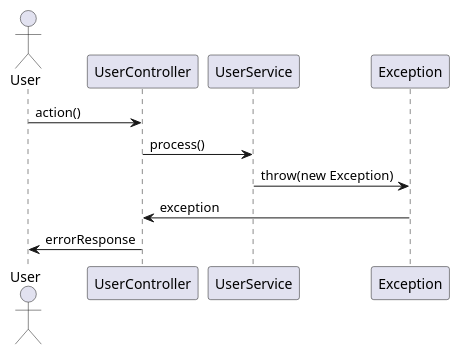
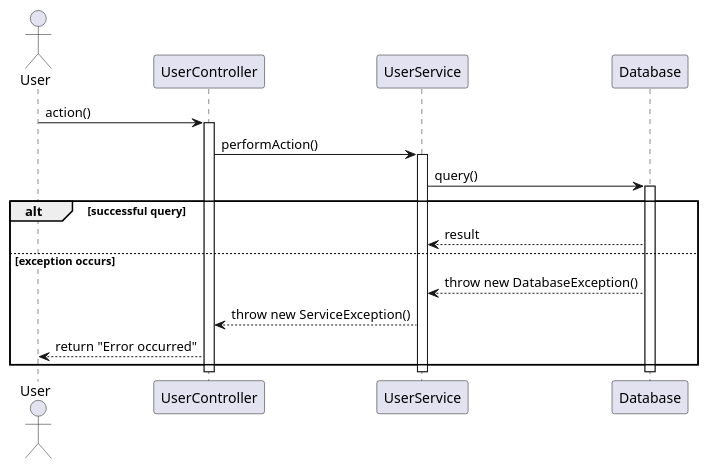
One commit to Dinesh-s95/AutoDoc.ai changed the fourth of 5 diagrams in identityprovider/documentation/detaileddesign.adoc. Above: the diagram before and after it, drawn with PlantUML. The commit also changed other lines of this file and 4 other files, not shown here.

```diff
--- a/identityprovider/documentation/detaileddesign.adoc
+++ b/identityprovider/documentation/detaileddesign.adoc
@@ -338,15 +224,26 @@
-[source,plantuml]
+[plantuml, exception-handling-sequence, png]
 ----
 @startuml
-actor "User" as user
-participant "UserController" as controller
-participant "UserService" as service
-participant "Exception" as exception
+actor "User" as U
+participant "UserController" as UC
+participant "UserService" as US
+participant "Database" as DB
 
-user -> controller : action()
-controller -> service : process()
-service -> exception : throw(new Exception)
-exception -> controller : exception
-controller -> user : errorResponse
+U -> UC : action()
+activate UC
+UC -> US : performAction()
+activate US
+US -> DB : query()
+activate DB
+alt successful query
+    DB --> US : result
+else exception occurs
+    DB --> US : throw new DatabaseException()
+    US --> UC : throw new ServiceException()
+    UC --> U : return "Error occurred"
+end
+deactivate DB
+deactivate US
+deactivate UC
 @enduml
 ----
```
